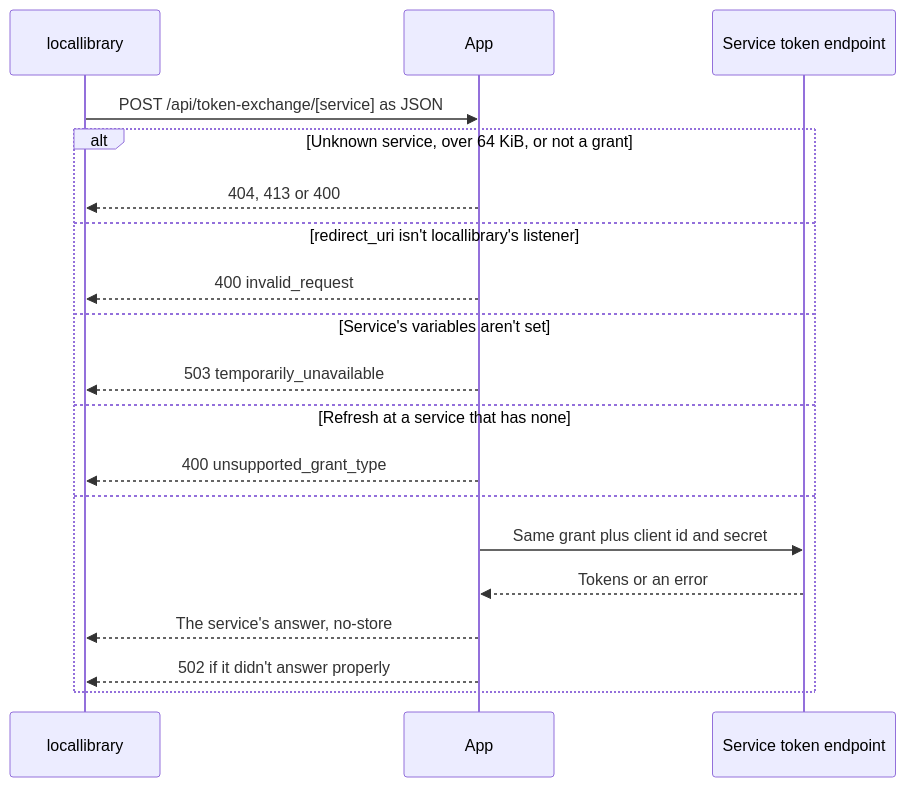
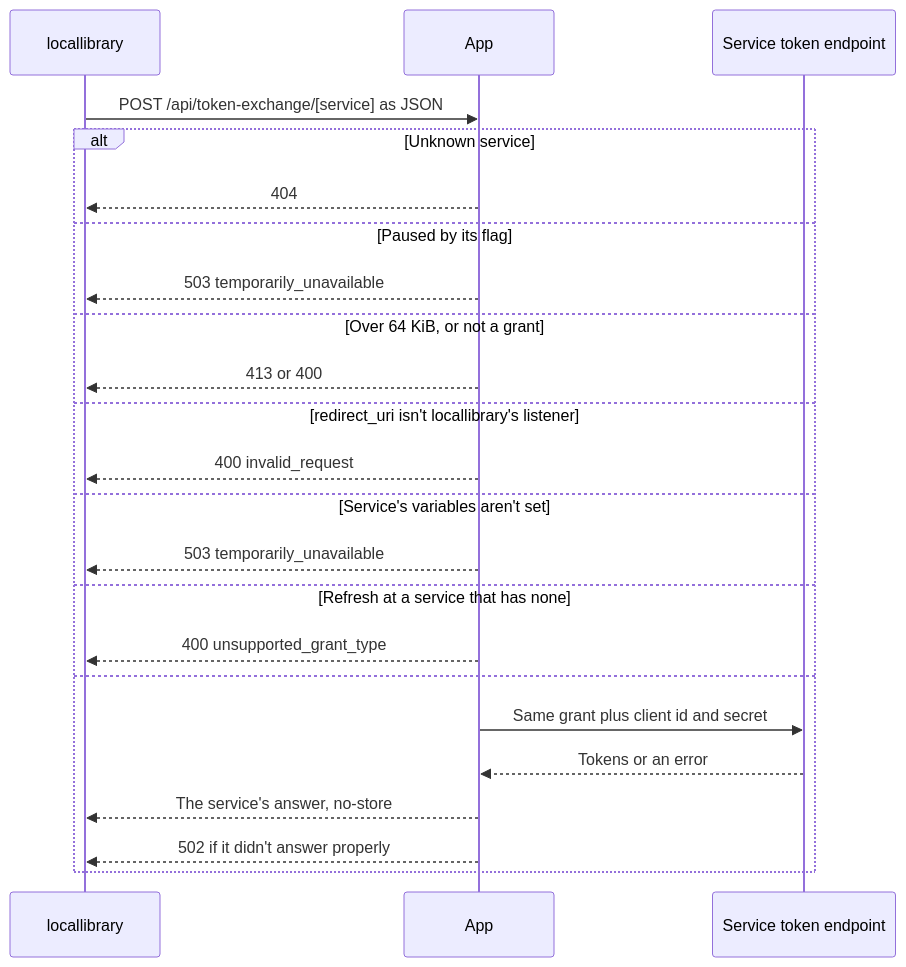
Before and after one commit to cutenode/localnetwork: the seventh of 10 diagrams in apps/web/docs/diagrams/accounts.md, drawn with Mermaid. The commit also changed other lines of this file, not shown here.

Commit message:
docs(web): show a paused token exchange in its diagram
The token exchange flow now has the 503 a service's pauseFlag answers, after the unknown-service 404 and before the request is read.

````diff
--- a/apps/web/docs/diagrams/accounts.md
+++ b/apps/web/docs/diagrams/accounts.md
@@ -164,21 +164,25 @@
 ```mermaid
 sequenceDiagram
   participant L as locallibrary
   participant A as App
   participant S as Service token endpoint
   L->>A: POST /api/token-exchange/[service] as JSON
-  alt Unknown service, over 64 KiB, or not a grant
-    A-->>L: 404, 413 or 400
+  alt Unknown service
+    A-->>L: 404
+  else Paused by its flag
+    A-->>L: 503 temporarily_unavailable
+  else Over 64 KiB, or not a grant
+    A-->>L: 413 or 400
   else redirect_uri isn't locallibrary's listener
     A-->>L: 400 invalid_request
   else Service's variables aren't set
     A-->>L: 503 temporarily_unavailable
   else Refresh at a service that has none
     A-->>L: 400 unsupported_grant_type
   else
     A->>S: Same grant plus client id and secret
     S-->>A: Tokens or an error
     A-->>L: The service's answer, no-store
     A-->>L: 502 if it didn't answer properly
   end
 ```
````
